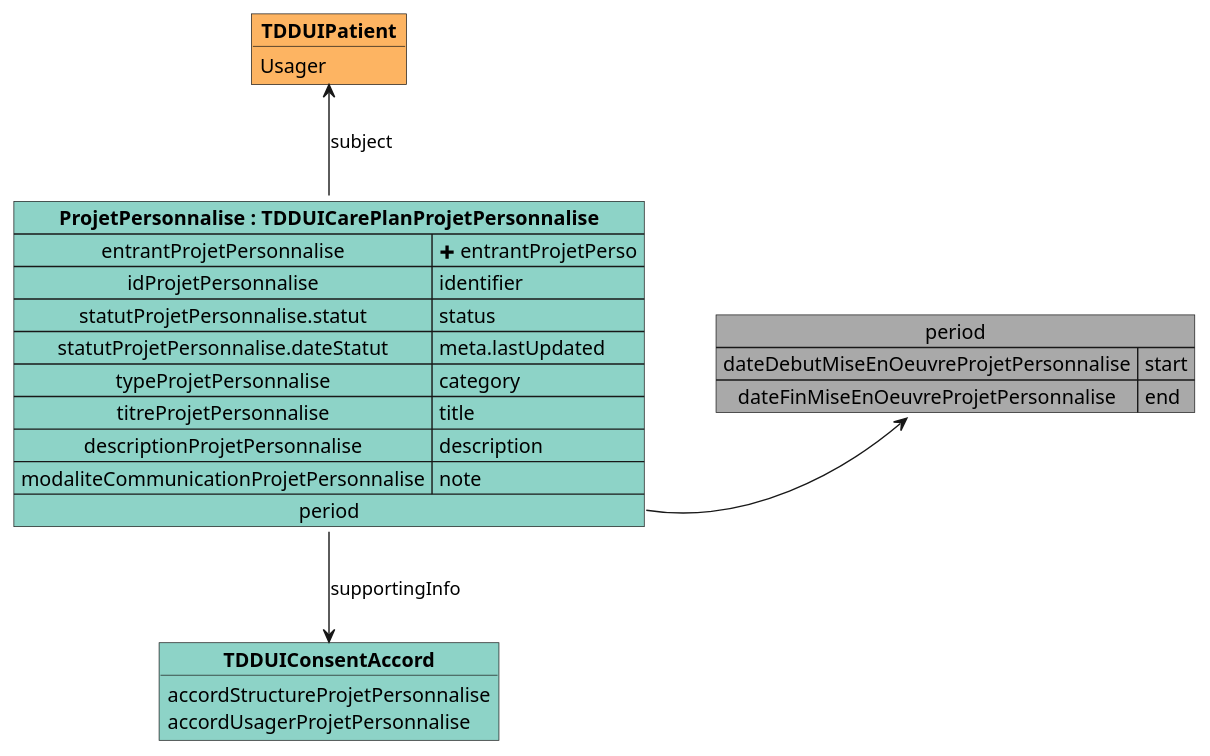
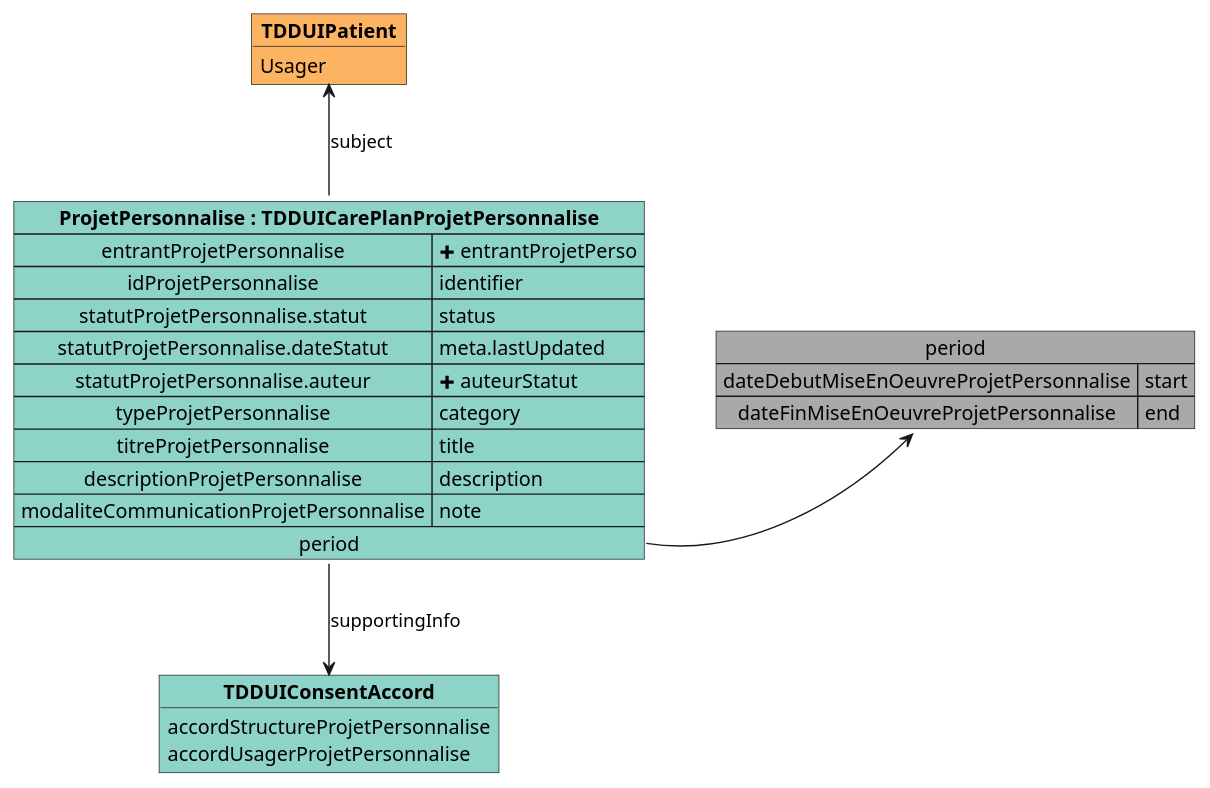
The diagram in input/images-source/mapping_TDDUICarePlanProjetPerso.plantuml (ansforge/IG-fhir-medicosocial-transfert-donnees-dui), drawn with PlantUML before and after one commit. The commit also changed 9 other files, not shown here.

Commit message:
add auteurStatut

```diff
--- a/input/images-source/mapping_TDDUICarePlanProjetPerso.plantuml
+++ b/input/images-source/mapping_TDDUICarePlanProjetPerso.plantuml
@@ -1,32 +1,33 @@
 @startuml
 
 map "period" as period #DarkGray {
     dateDebutMiseEnOeuvreProjetPersonnalise => start
     dateFinMiseEnOeuvreProjetPersonnalise => end
 }
 
 object "**TDDUIPatient**" as TDDUIPatient_subject #fdb462 {
     Usager
 }
 
 object "**TDDUIConsentAccord**" as TDDUIConsentAccord #8dd3c7 {
     accordStructureProjetPersonnalise
     accordUsagerProjetPersonnalise
 }
 
 map "**ProjetPersonnalise : TDDUICarePlanProjetPersonnalise**" as ProjetPersonnalise #8dd3c7 {
     entrantProjetPersonnalise => <&plus> entrantProjetPerso
     idProjetPersonnalise => identifier
     statutProjetPersonnalise.statut => status
     statutProjetPersonnalise.dateStatut => meta.lastUpdated
+    statutProjetPersonnalise.auteur => <&plus> auteurStatut
     typeProjetPersonnalise => category
     titreProjetPersonnalise => title
     descriptionProjetPersonnalise => description
     modaliteCommunicationProjetPersonnalise => note
     period *-> period
 }
 
 ProjetPersonnalise -u-> TDDUIPatient_subject : subject
 ProjetPersonnalise -d-> TDDUIConsentAccord : supportingInfo
 
 @enduml
```
